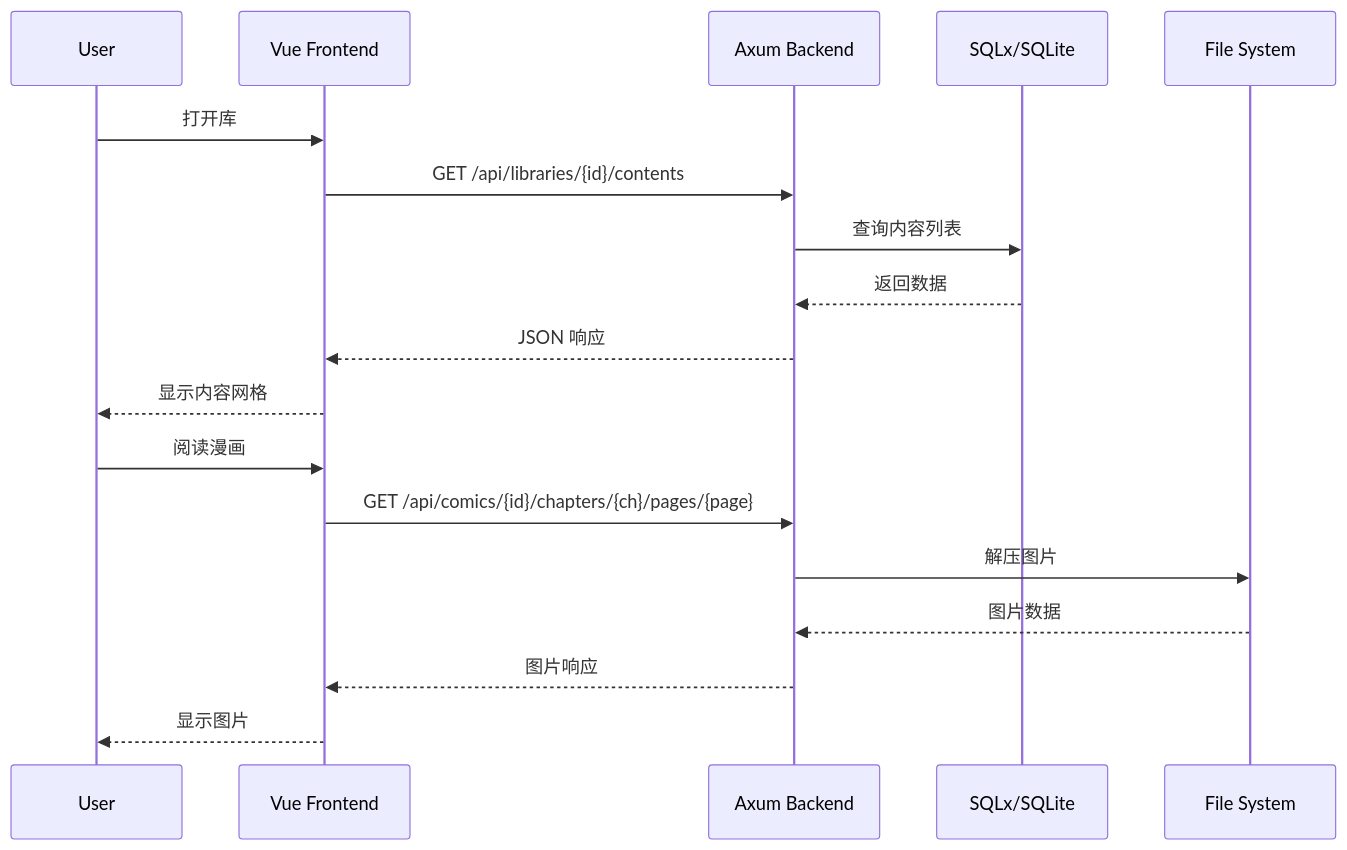
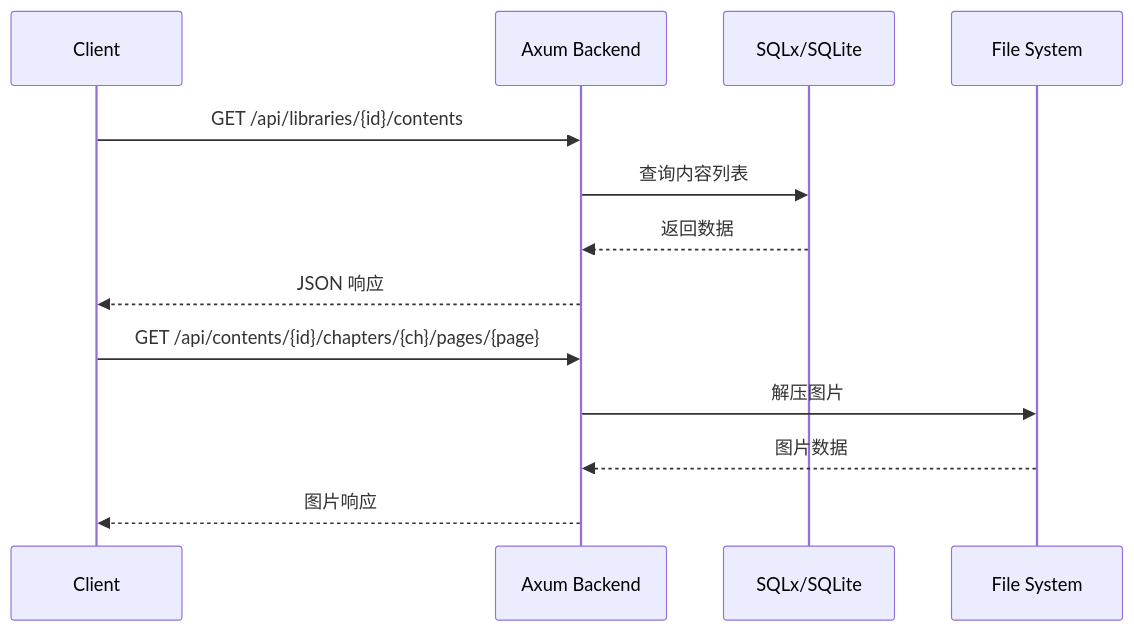
Before and after one commit to TnZzZHlp/Ryuri: the second of 2 diagrams in .kiro/specs/comic-reader/design.md, drawn with Mermaid. The commit also changed other lines of this file and 1 other file, not shown here.

````diff
--- a/.kiro/specs/comic-reader/design.md
+++ b/.kiro/specs/comic-reader/design.md
@@ -54,22 +44,17 @@
 ```mermaid
 sequenceDiagram
-    participant User
-    participant Vue as Vue Frontend
+    participant Client as Client
     participant Axum as Axum Backend
     participant SQLx as SQLx/SQLite
     participant FS as File System
     
-    User->>Vue: 打开库
-    Vue->>Axum: GET /api/libraries/{id}/contents
+    Client->>Axum: GET /api/libraries/{id}/contents
     Axum->>SQLx: 查询内容列表
     SQLx-->>Axum: 返回数据
-    Axum-->>Vue: JSON 响应
-    Vue-->>User: 显示内容网格
+    Axum-->>Client: JSON 响应
     
-    User->>Vue: 阅读漫画
-    Vue->>Axum: GET /api/comics/{id}/chapters/{ch}/pages/{page}
+    Client->>Axum: GET /api/contents/{id}/chapters/{ch}/pages/{page}
     Axum->>FS: 解压图片
     FS-->>Axum: 图片数据
-    Axum-->>Vue: 图片响应
-    Vue-->>User: 显示图片
+    Axum-->>Client: 图片响应
 ```
````
